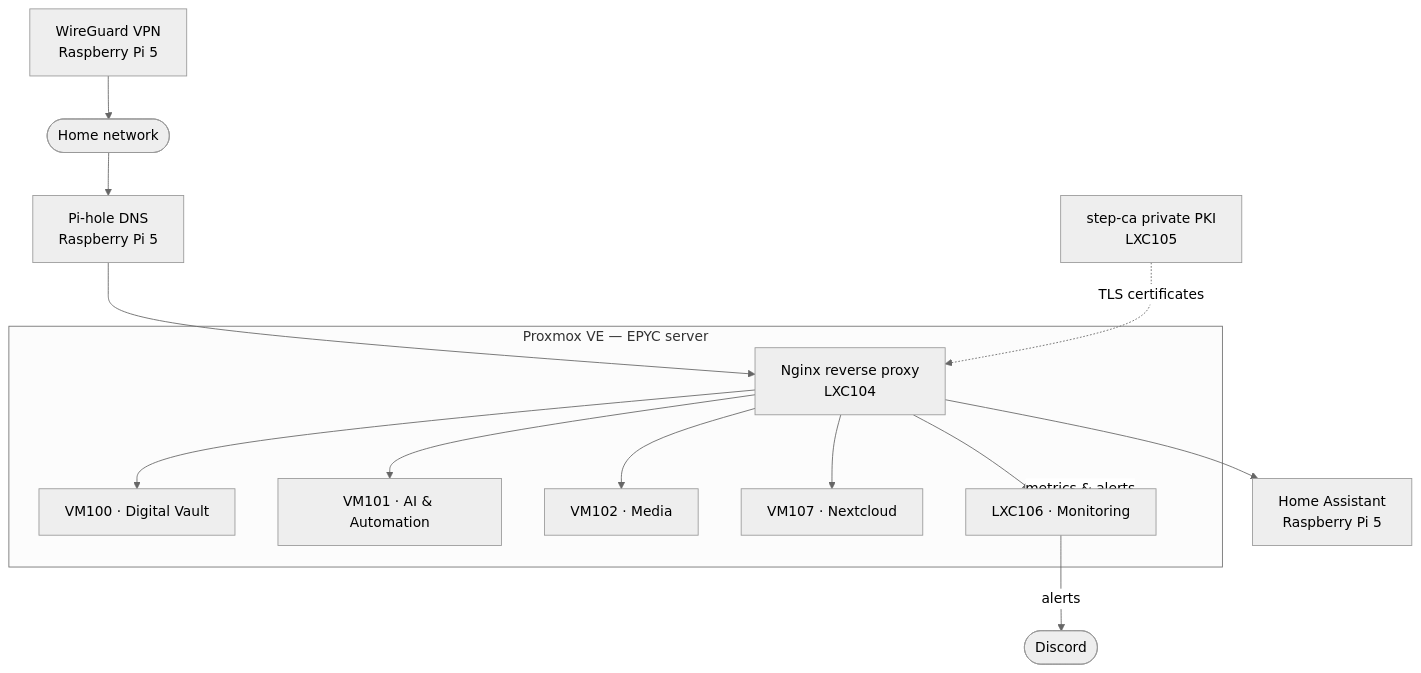
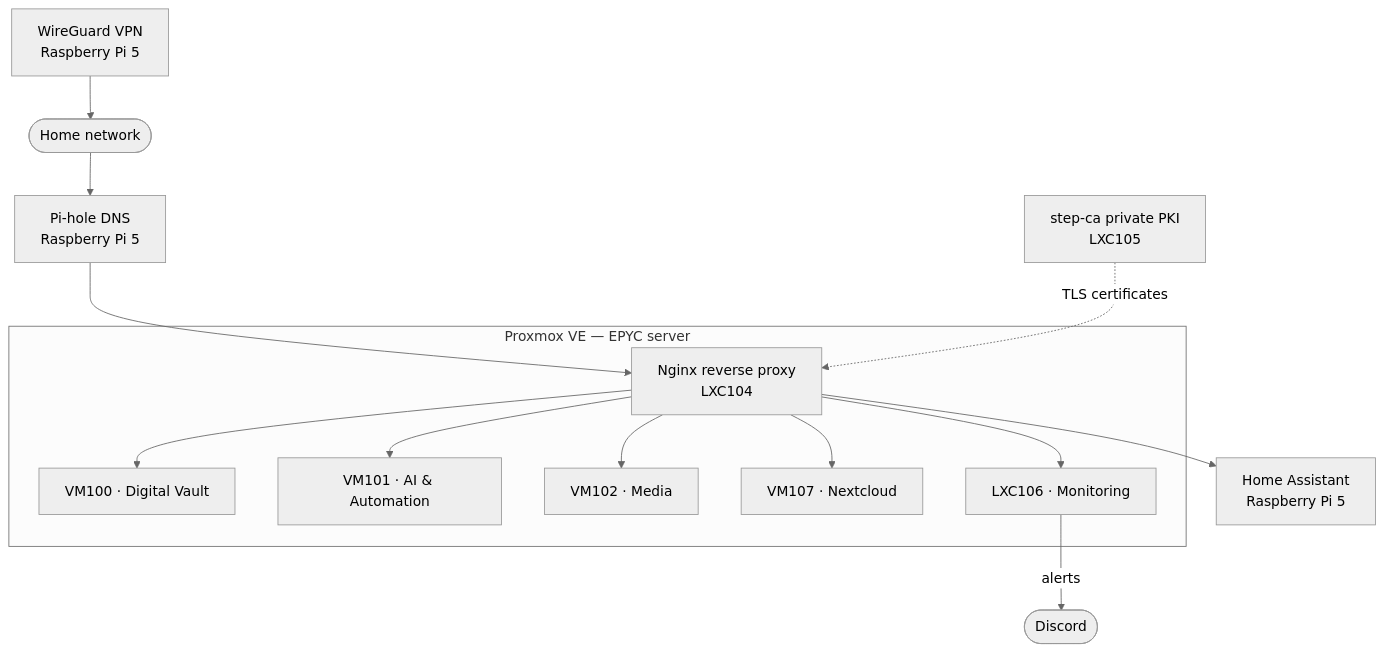
The diagram in README.md (Philip8348/Personal-HomeLab), drawn with Mermaid (neutral theme) before and after one commit.

Commit message:
Remove overlapping monitoring edge from diagram

````diff
--- a/README.md
+++ b/README.md
@@ -26,19 +26,18 @@
 ```mermaid
 flowchart TB
     LAN([Home network]) --> DNS[Pi-hole DNS<br/>Raspberry Pi 5]
     DNS --> RP[Nginx reverse proxy<br/>LXC104]
     CA[step-ca private PKI<br/>LXC105] -. TLS certificates .-> RP
 
     subgraph PVE[Proxmox VE — EPYC server]
         RP --> V100[VM100 · Digital Vault]
         RP --> V101[VM101 · AI & Automation]
         RP --> V102[VM102 · Media]
         RP --> V107[VM107 · Nextcloud]
         RP --> L106[LXC106 · Monitoring]
     end
 
     RP --> HA[Home Assistant<br/>Raspberry Pi 5]
-    L106 -. metrics & alerts .-> PVE
     L106 -- alerts --> DC([Discord])
     WG[WireGuard VPN<br/>Raspberry Pi 5] --> LAN
 ```
````
